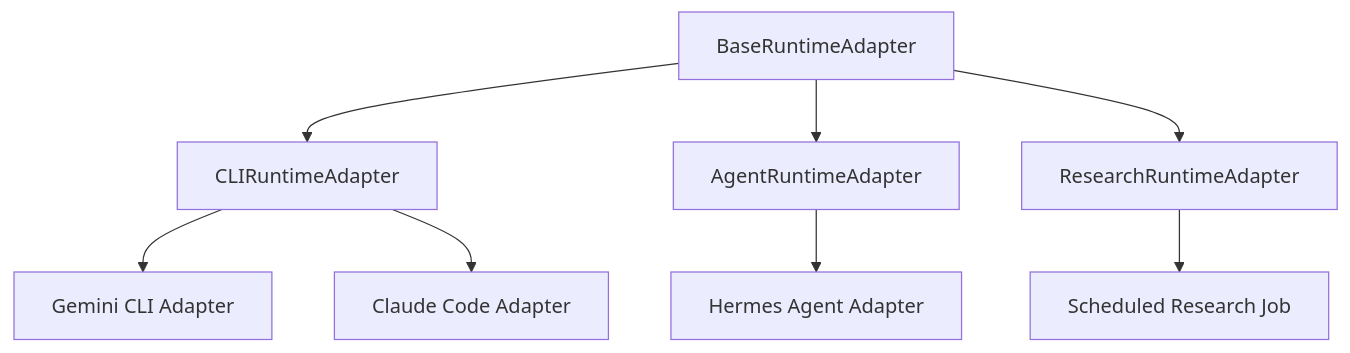
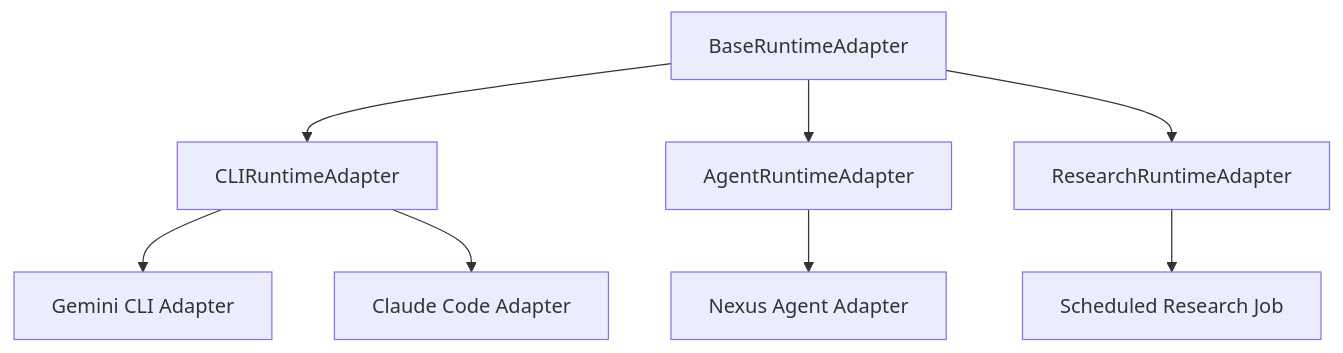
Before and after one commit to STiFLeR7/nexus: the diagram in blueprint/architecture/runtime-taxonomy.md, drawn with Mermaid. The commit also changed other lines of this file and 204 other files, not shown here.

````diff
--- a/blueprint/architecture/runtime-taxonomy.md
+++ b/blueprint/architecture/runtime-taxonomy.md
@@ -9,15 +9,15 @@
 ```mermaid
 graph TD
     BaseAdapter[BaseRuntimeAdapter]
     
     BaseAdapter --> SubprocessCLI[CLIRuntimeAdapter]
     BaseAdapter --> AgentLoop[AgentRuntimeAdapter]
     BaseAdapter --> ResearchWorker[ResearchRuntimeAdapter]
     
     SubprocessCLI --> Gemini[Gemini CLI Adapter]
     SubprocessCLI --> Claude[Claude Code Adapter]
     
-    AgentLoop --> Hermes[Hermes Agent Adapter]
+    AgentLoop --> Nexus[Nexus Agent Adapter]
     
     ResearchWorker --> NewsSweep[Scheduled Research Job]
 ```
````
